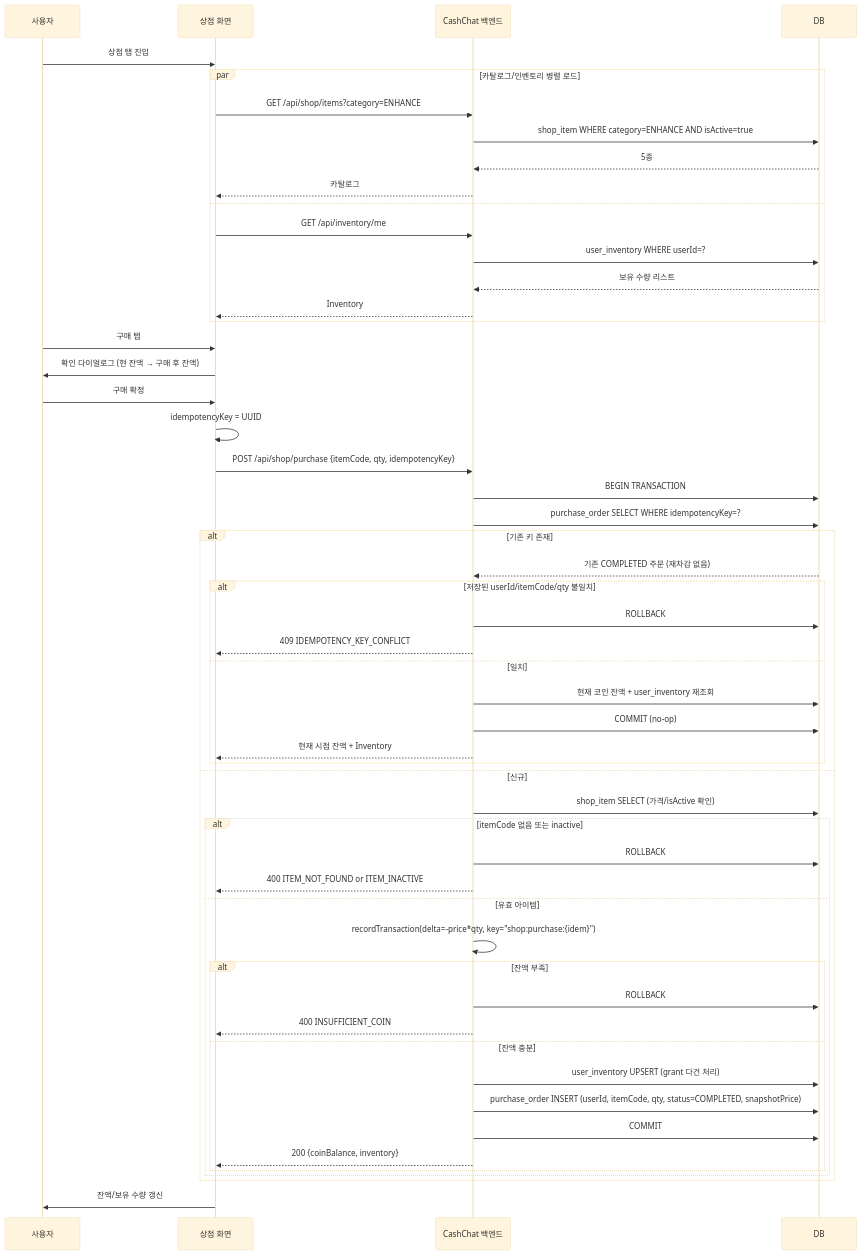
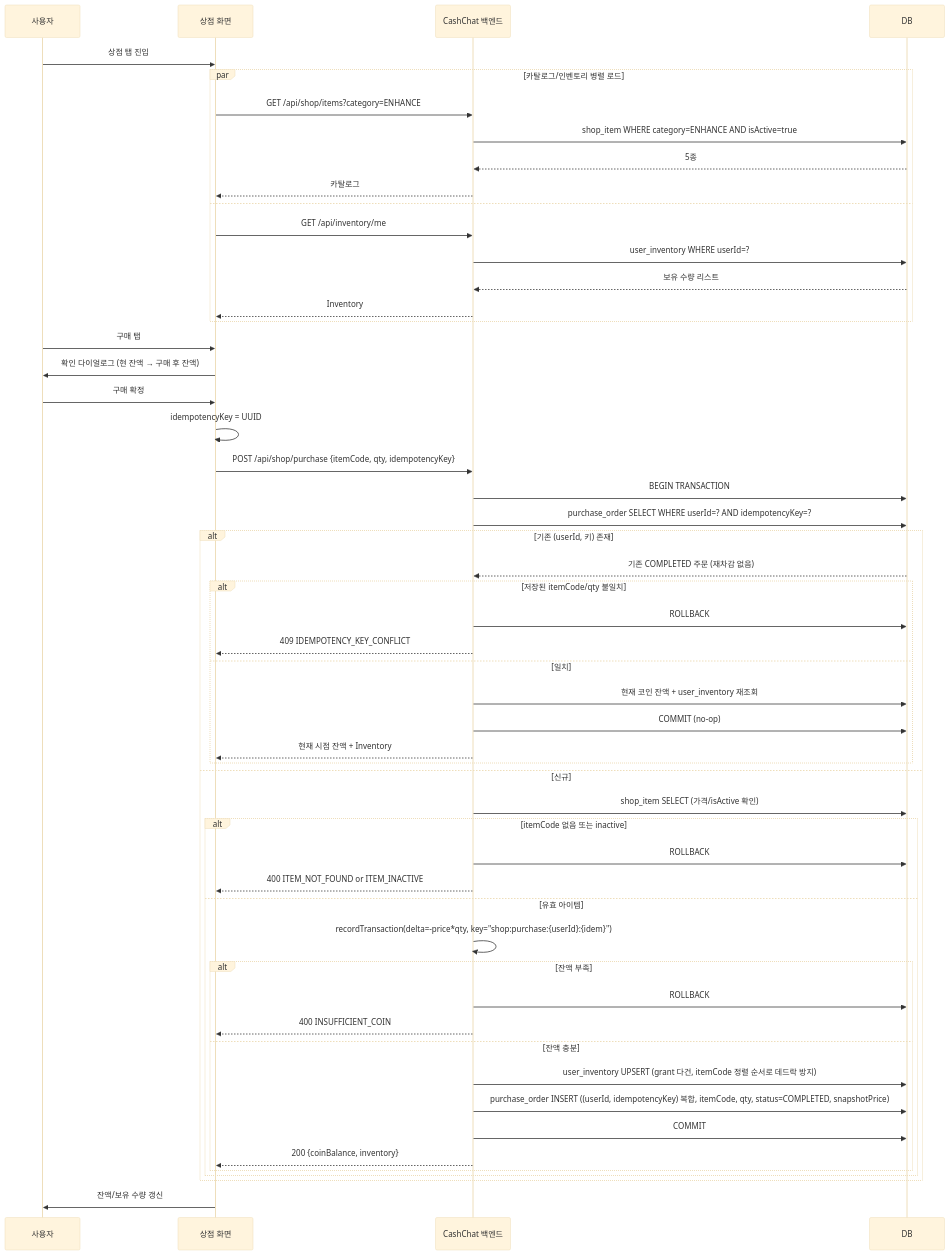
Before and after one commit to cash-chat-mvp/cash-chat-mvp: the diagram in docs/features/shop/spec.md, drawn with Mermaid (base theme). The commit also changed other lines of this file and 1 other file, not shown here.

First line of the commit message:
docs(shop): 멱등성 스코프 (userId,key) 복합화 + 데드락 정렬·동시성 명시 (리뷰 가이드 반영)

````diff
--- a/docs/features/shop/spec.md
+++ b/docs/features/shop/spec.md
@@ -215,59 +219,59 @@
 ```mermaid
 sequenceDiagram
     participant User as 사용자
     participant FE as 상점 화면
     participant API as CashChat 백엔드
     participant DB as DB
 
     User->>FE: 상점 탭 진입
     par 카탈로그/인벤토리 병렬 로드
         FE->>API: GET /api/shop/items?category=ENHANCE
         API->>DB: shop_item WHERE category=ENHANCE AND isActive=true
         DB-->>API: 5종
         API-->>FE: 카탈로그
     and
         FE->>API: GET /api/inventory/me
         API->>DB: user_inventory WHERE userId=?
         DB-->>API: 보유 수량 리스트
         API-->>FE: Inventory
     end
 
     User->>FE: 구매 탭
     FE->>User: 확인 다이얼로그 (현 잔액 → 구매 후 잔액)
     User->>FE: 구매 확정
     FE->>FE: idempotencyKey = UUID
     FE->>API: POST /api/shop/purchase {itemCode, qty, idempotencyKey}
 
     API->>DB: BEGIN TRANSACTION
-    API->>DB: purchase_order SELECT WHERE idempotencyKey=?
-    alt 기존 키 존재
+    API->>DB: purchase_order SELECT WHERE userId=? AND idempotencyKey=?
+    alt 기존 (userId, 키) 존재
         DB-->>API: 기존 COMPLETED 주문 (재차감 없음)
-        alt 저장된 userId/itemCode/qty 불일치
+        alt 저장된 itemCode/qty 불일치
             API->>DB: ROLLBACK
             API-->>FE: 409 IDEMPOTENCY_KEY_CONFLICT
         else 일치
             API->>DB: 현재 코인 잔액 + user_inventory 재조회
             API->>DB: COMMIT (no-op)
             API-->>FE: 현재 시점 잔액 + Inventory
         end
     else 신규
         API->>DB: shop_item SELECT (가격/isActive 확인)
         alt itemCode 없음 또는 inactive
             API->>DB: ROLLBACK
             API-->>FE: 400 ITEM_NOT_FOUND or ITEM_INACTIVE
         else 유효 아이템
-            API->>API: recordTransaction(delta=-price*qty, key="shop:purchase:{idem}")
+            API->>API: recordTransaction(delta=-price*qty, key="shop:purchase:{userId}:{idem}")
             alt 잔액 부족
                 API->>DB: ROLLBACK
                 API-->>FE: 400 INSUFFICIENT_COIN
             else 잔액 충분
-                API->>DB: user_inventory UPSERT (grant 다건 처리)
-                API->>DB: purchase_order INSERT (userId, itemCode, qty, status=COMPLETED, snapshotPrice)
+                API->>DB: user_inventory UPSERT (grant 다건, itemCode 정렬 순서로 데드락 방지)
+                API->>DB: purchase_order INSERT ((userId, idempotencyKey) 복합, itemCode, qty, status=COMPLETED, snapshotPrice)
                 API->>DB: COMMIT
                 API-->>FE: 200 {coinBalance, inventory}
             end
         end
     end
 
     FE->>User: 잔액/보유 수량 갱신
 ```
````
